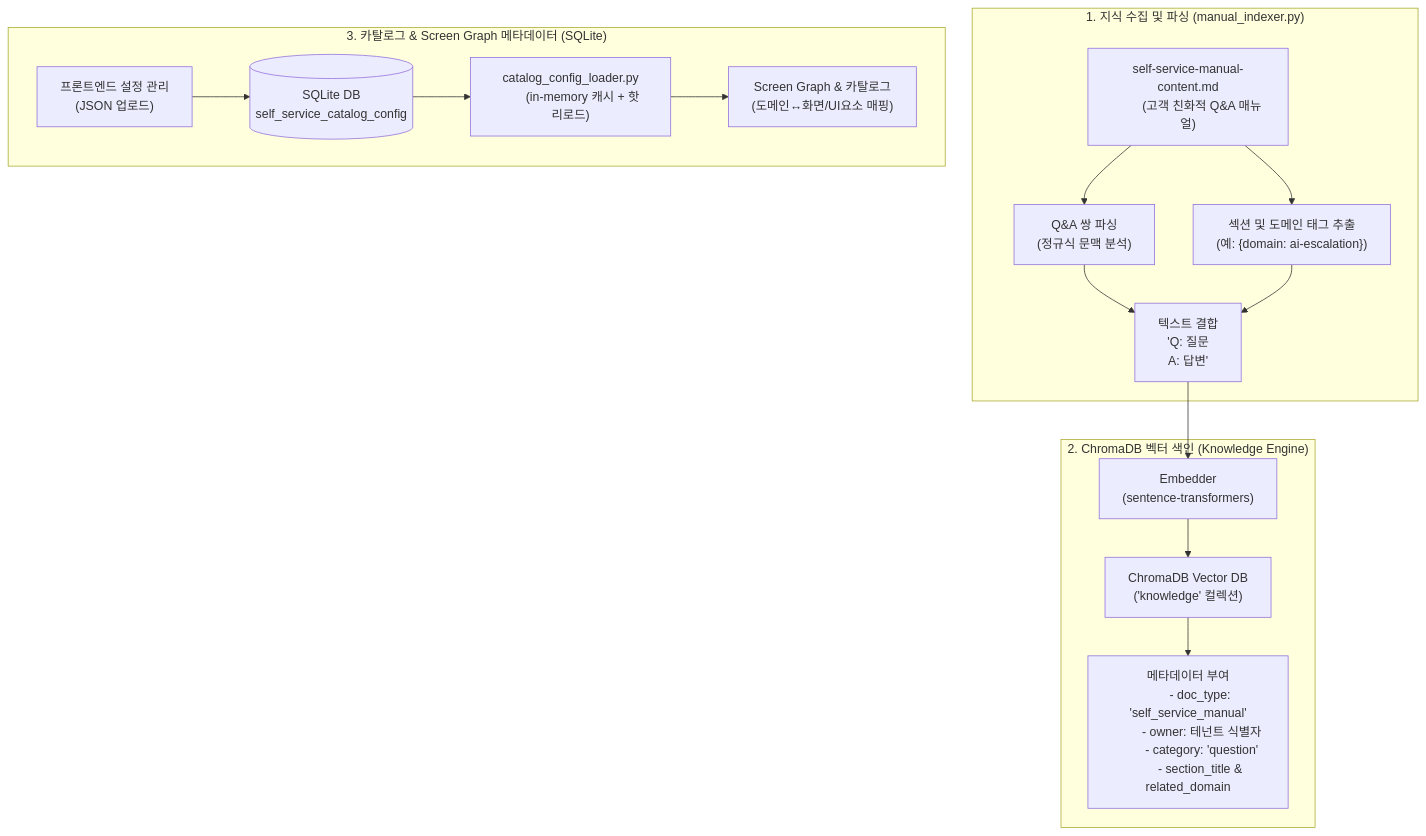
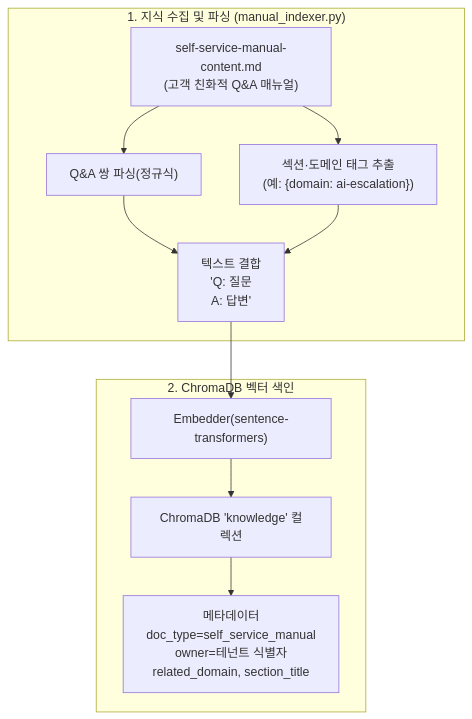
One commit to hak023/sip_pbx changed the sixth of 7 diagrams in docs/presentation/self-service-ai-assistant-introduction.md. Above: the diagram before and after it, drawn with Mermaid. The commit also changed other lines of this file, not shown here.

Commit message:
docs: rewrite self-service AI assistant introduction (exec summary, ideation, IntelliDecision/ScreenGraph/RAG detail, voice latency & turn-taking track)

````diff
--- a/docs/presentation/self-service-ai-assistant-introduction.md
+++ b/docs/presentation/self-service-ai-assistant-introduction.md
@@ -708,34 +533,14 @@
 ```mermaid
 flowchart TD
     subgraph Ingestion["1. 지식 수집 및 파싱 (manual_indexer.py)"]
-        MDoc["self-service-manual-content.md
-        (고객 친화적 Q&A 매뉴얼)"] --> Parse["Q&A 쌍 파싱
-        (정규식 문맥 분석)"]
-        MDoc --> MetaTag["섹션 및 도메인 태그 추출
-        (예: {domain: ai-escalation})"]
-        Parse & MetaTag --> Combine["텍스트 결합
-        'Q: 질문\nA: 답변'"]
+        MDoc["self-service-manual-content.md<br/>(고객 친화적 Q&A 매뉴얼)"] --> Parse["Q&A 쌍 파싱(정규식)"]
+        MDoc --> MetaTag["섹션·도메인 태그 추출<br/>(예: {domain: ai-escalation})"]
+        Parse & MetaTag --> Combine["텍스트 결합<br/>'Q: 질문\nA: 답변'"]
     end
 
-    subgraph VectorStorage["2. ChromaDB 벡터 색인 (Knowledge Engine)"]
-        Combine --> Embedder["Embedder
-        (sentence-transformers)"]
-        Embedder --> VectorInsert["ChromaDB Vector DB
-        ('knowledge' 컬렉션)"]
-        VectorInsert --> CollectionMeta["메타데이터 부여
-        - doc_type: 'self_service_manual'
-        - owner: 테넌트 식별자
-        - category: 'question'
-        - section_title & related_domain"]
-    end
-
-    subgraph MetadataStorage["3. 카탈로그 & Screen Graph 메타데이터 (SQLite)"]
-        FEUpload["프론트엔드 설정 관리
-        (JSON 업로드)"] --> CatalogDB[("SQLite DB
-        self_service_catalog_config")]
-        CatalogDB --> CacheLoader["catalog_config_loader.py
-        (in-memory 캐시 + 핫 리로드)"]
-        CacheLoader --> ScreenRegistry["Screen Graph & 카탈로그
-        (도메인↔화면/UI요소 매핑)"]
+    subgraph VectorStorage["2. ChromaDB 벡터 색인"]
+        Combine --> Embedder["Embedder(sentence-transformers)"]
+        Embedder --> VectorInsert["ChromaDB 'knowledge' 컬렉션"]
+        VectorInsert --> CollectionMeta["메타데이터<br/>doc_type=self_service_manual<br/>owner=테넌트 식별자<br/>related_domain, section_title"]
     end
 ```
````
